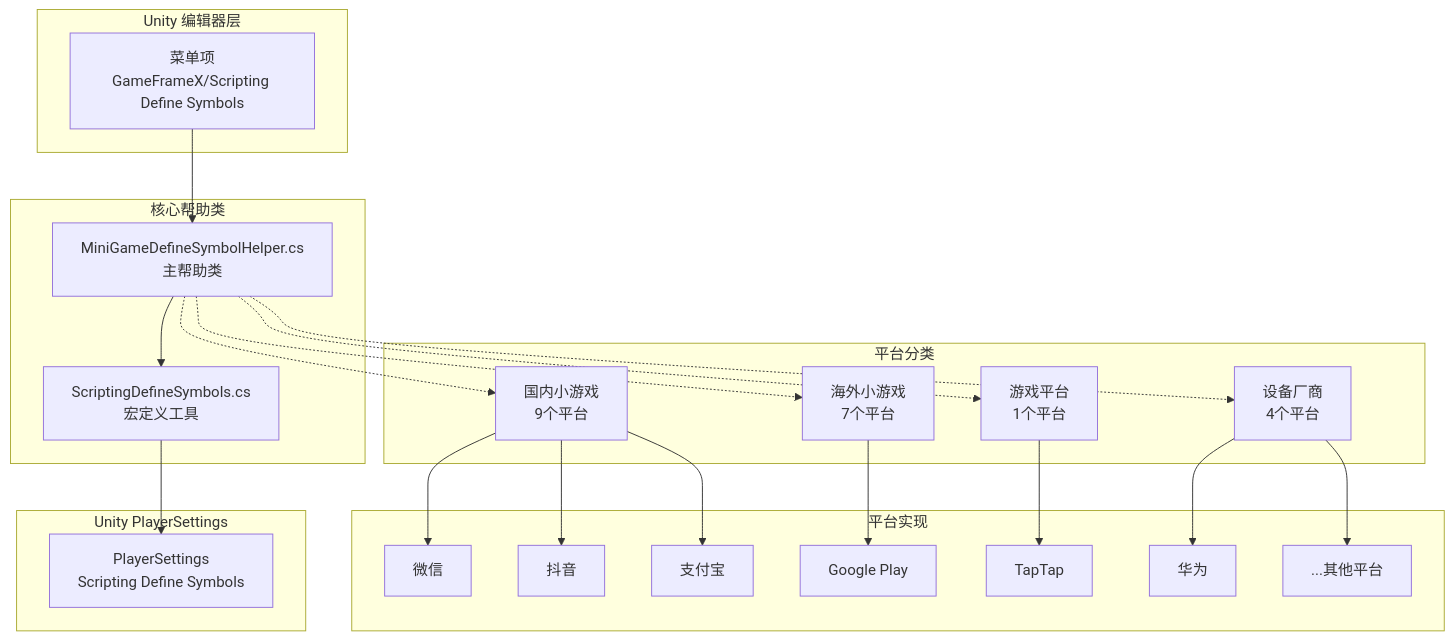
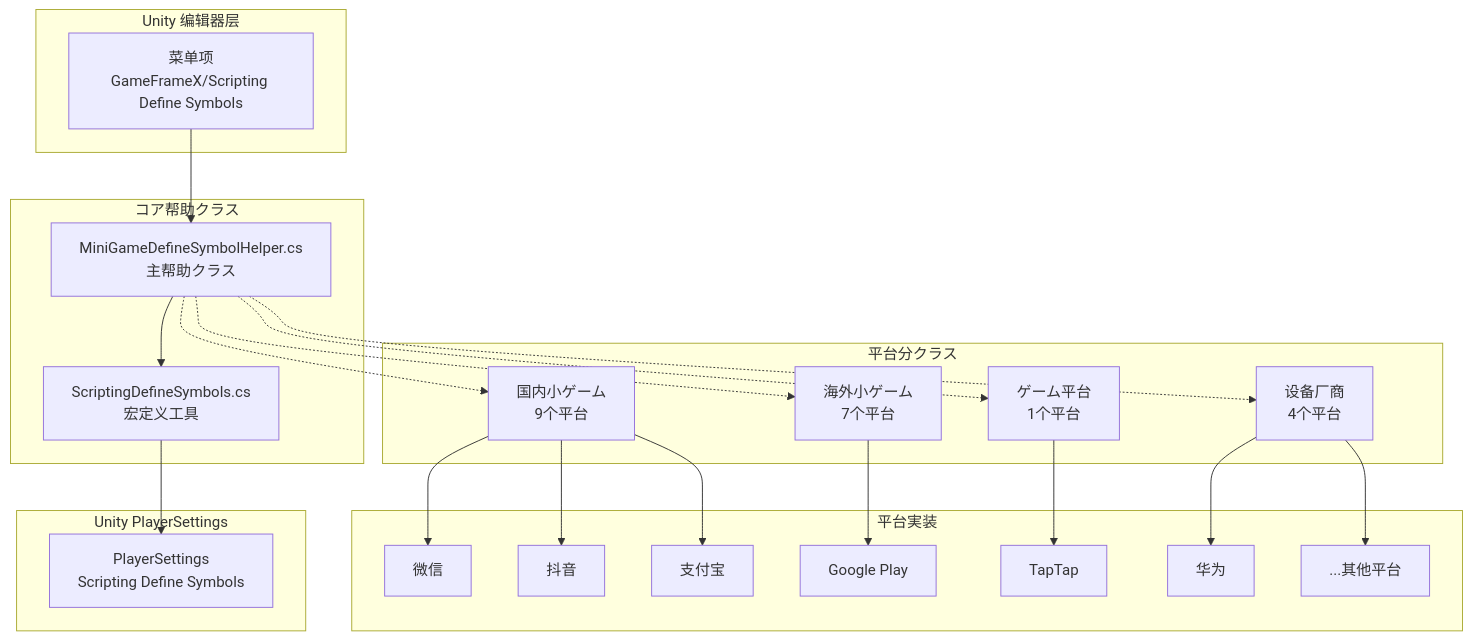
The first of 3 diagrams in docs/ja/client/unity/component/core/19.platforms.md (AlianBlank/GameFrameX.Docs), drawn with Mermaid before and after one commit. The commit also changed other lines of this file and 603 other files, not shown here.

````diff
--- a/docs/ja/client/unity/component/core/19.platforms.md
+++ b/docs/ja/client/unity/component/core/19.platforms.md
@@ -18,49 +18,49 @@
 ```mermaid
 flowchart TD
     subgraph UnityEditor["Unity 编辑器层"]
         Menu[菜单项<br/>GameFrameX/Scripting Define Symbols]
     end
 
-    subgraph CoreHelper["核心帮助类"]
-        MainHelper[MiniGameDefineSymbolHelper.cs<br/>主帮助类]
+    subgraph CoreHelper["コア帮助クラス"]
+        MainHelper[MiniGameDefineSymbolHelper.cs<br/>主帮助クラス]
         SymbolHelper[ScriptingDefineSymbols.cs<br/>宏定义工具]
     end
 
-    subgraph PlatformGroup["平台分类"]
-        Domestic[国内小游戏<br/>9个平台]
-        International[海外小游戏<br/>7个平台]
+    subgraph PlatformGroup["平台分クラス"]
+        Domestic[国内小ゲーム<br/>9个平台]
+        International[海外小ゲーム<br/>7个平台]
         DeviceOEM[设备厂商<br/>4个平台]
-        GamePlatform[游戏平台<br/>1个平台]
+        GamePlatform[ゲーム平台<br/>1个平台]
     end
 
-    subgraph PlatformImpl["平台实现"]
+    subgraph PlatformImpl["平台実装"]
         WeChat[微信]
         DouYin[抖音]
         Alipay[支付宝]
         GooglePlay[Google Play]
         TapTap[TapTap]
         Huawei[华为]
         Others[...其他平台]
     end
 
     subgraph UnityPlayerSettings["Unity PlayerSettings"]
         PlayerSettings[PlayerSettings<br/>Scripting Define Symbols]
     end
 
     Menu --> MainHelper
     MainHelper --> SymbolHelper
     SymbolHelper --> PlayerSettings
     
     MainHelper -.-> Domestic
     MainHelper -.-> International
     MainHelper -.-> DeviceOEM
     MainHelper -.-> GamePlatform
     
     Domestic --> WeChat
     Domestic --> DouYin
     Domestic --> Alipay
     International --> GooglePlay
     GamePlatform --> TapTap
     DeviceOEM --> Huawei
     DeviceOEM --> Others
 ```
````
